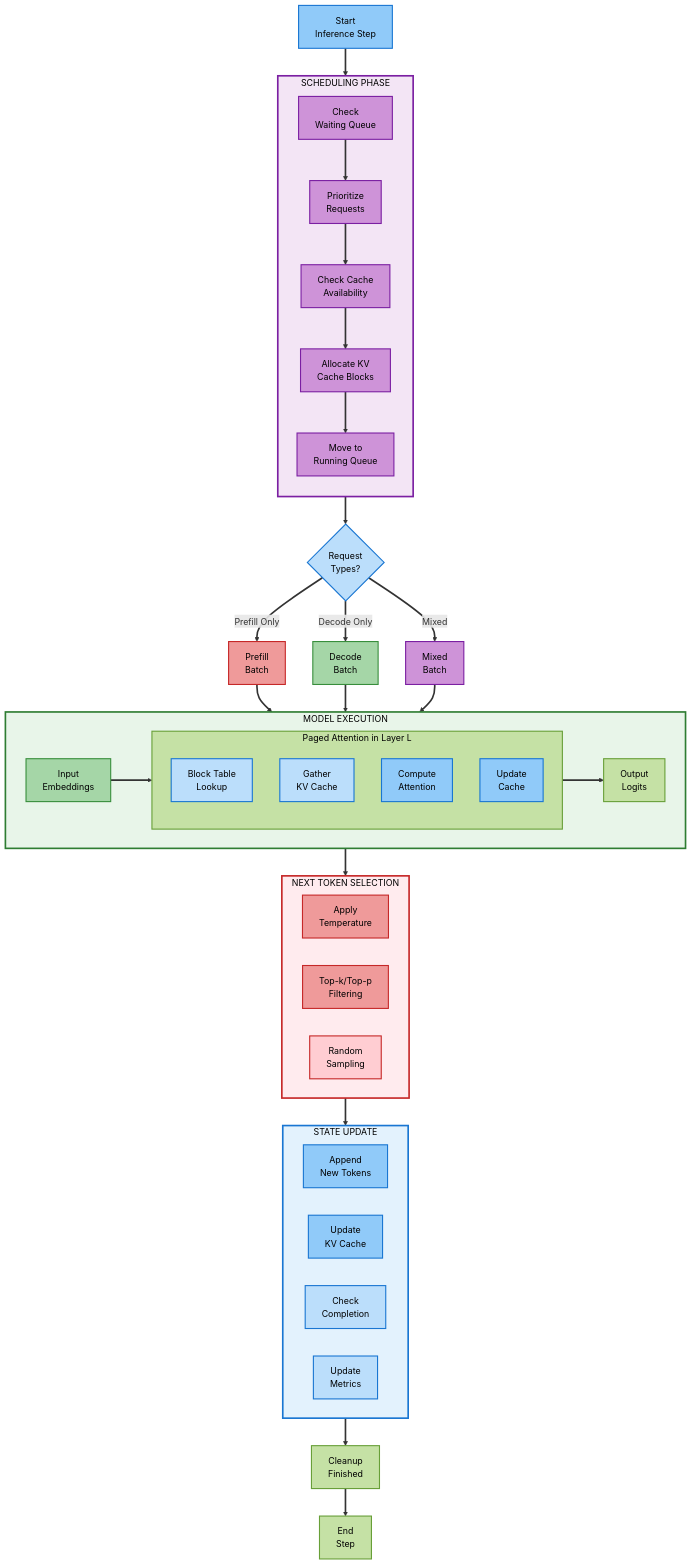
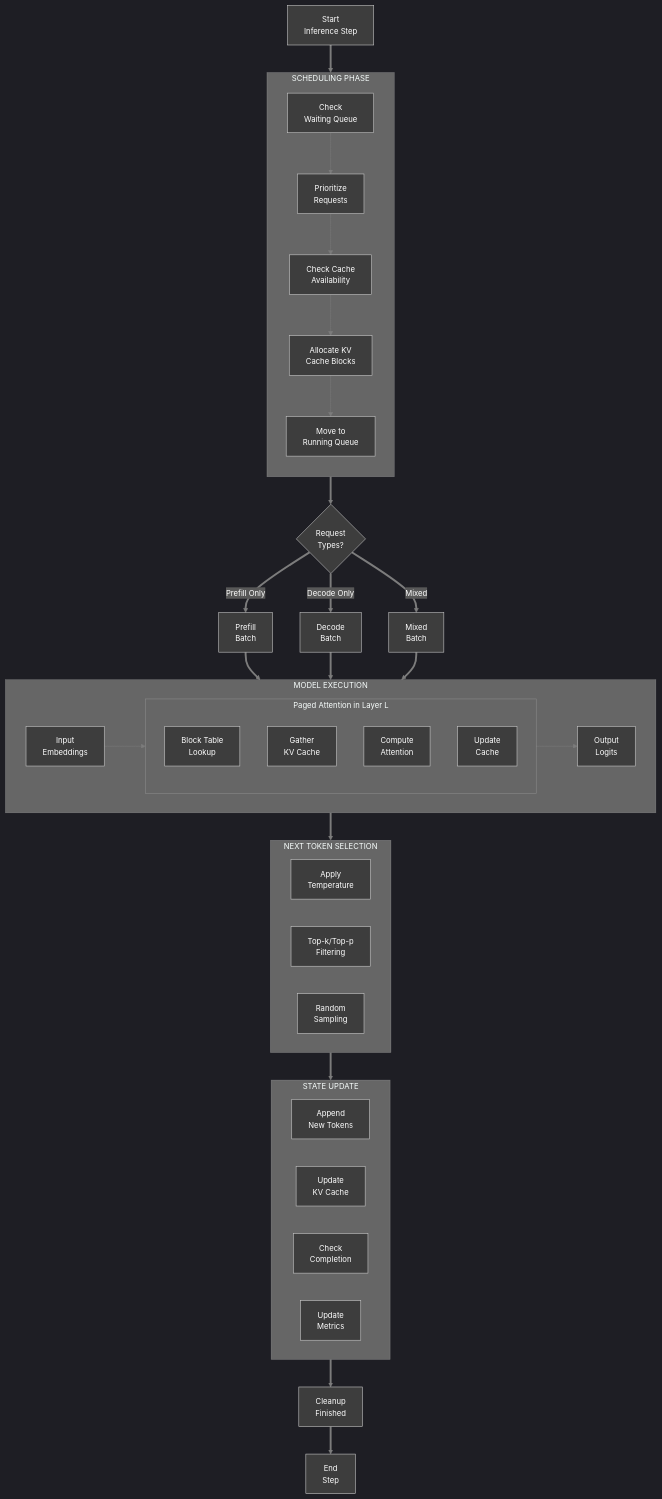
Before and after one commit to Shahriarin2garden/vllm_from_scratch: diagram 12 of 14 in lab0.1/README.md, drawn with Mermaid. The commit also changed other lines of this file and 2 other files, not shown here.

````diff
--- a/lab0.1/README.md
+++ b/lab0.1/README.md
@@ -827,4 +2476,5 @@
 ```mermaid
+%%{init: {'theme':'dark', 'themeVariables': { 'primaryColor':'#3d3d3d','primaryTextColor':'#fff','primaryBorderColor':'#7c7c7c','lineColor':'#7c7c7c','secondaryColor':'#4a4a4a','tertiaryColor':'#3d3d3d','background':'#2d2d2d','mainBkg':'#3d3d3d','secondBkg':'#4a4a4a','textColor':'#fff','fontSize':'14px'}}}%%
 flowchart TD
     Start["Start<br/>Inference Step"] ==> Schedule{Scheduler};
 
@@ -878,38 +2528,4 @@
 
     Update ==> Cleanup["Cleanup<br/>Finished"];
     Cleanup ==> End["End<br/>Step"];
-
-    linkStyle default stroke:#333,stroke-width:3px
-
-    style Start fill:#90caf9,stroke:#1976d2,stroke-width:2px,color:#000
-    style End fill:#c5e1a5,stroke:#689f38,stroke-width:2px,color:#000
-    style Schedule fill:#f3e5f5,stroke:#7b1fa2,stroke-width:3px,color:#000
-    style Model fill:#e8f5e9,stroke:#2e7d32,stroke-width:3px,color:#000
-    style Sample fill:#ffebee,stroke:#c62828,stroke-width:3px,color:#000
-    style Update fill:#e3f2fd,stroke:#1976d2,stroke-width:3px,color:#000
-    style S1 fill:#ce93d8,stroke:#7b1fa2,stroke-width:2px,color:#000
-    style S2 fill:#ce93d8,stroke:#7b1fa2,stroke-width:2px,color:#000
-    style S3 fill:#ce93d8,stroke:#7b1fa2,stroke-width:2px,color:#000
-    style S4 fill:#ce93d8,stroke:#7b1fa2,stroke-width:2px,color:#000
-    style S5 fill:#ce93d8,stroke:#7b1fa2,stroke-width:2px,color:#000
-    style Batch fill:#bbdefb,stroke:#1976d2,stroke-width:2px,color:#000
-    style Prefill fill:#ef9a9a,stroke:#c62828,stroke-width:2px,color:#000
-    style Decode fill:#a5d6a7,stroke:#388e3c,stroke-width:2px,color:#000
-    style Mixed fill:#ce93d8,stroke:#7b1fa2,stroke-width:2px,color:#000
-    style M1 fill:#a5d6a7,stroke:#388e3c,stroke-width:2px,color:#000
-    style M2 fill:#c5e1a5,stroke:#689f38,stroke-width:2px,color:#000
-    style M3 fill:#bbdefb,stroke:#1976d2,stroke-width:2px,color:#000
-    style M4 fill:#bbdefb,stroke:#1976d2,stroke-width:2px,color:#000
-    style M5 fill:#90caf9,stroke:#1976d2,stroke-width:2px,color:#000
-    style M6 fill:#90caf9,stroke:#1976d2,stroke-width:2px,color:#000
-    style M7 fill:#c5e1a5,stroke:#689f38,stroke-width:2px,color:#000
-    style S6 fill:#ef9a9a,stroke:#c62828,stroke-width:2px,color:#000
-    style S7 fill:#ef9a9a,stroke:#c62828,stroke-width:2px,color:#000
-    style S8 fill:#ffcdd2,stroke:#c62828,stroke-width:2px,color:#000
-    style U1 fill:#90caf9,stroke:#1976d2,stroke-width:2px,color:#000
-    style U2 fill:#90caf9,stroke:#1976d2,stroke-width:2px,color:#000
-    style U3 fill:#bbdefb,stroke:#1976d2,stroke-width:2px,color:#000
-    style U4 fill:#bbdefb,stroke:#1976d2,stroke-width:2px,color:#000
-    style Cleanup fill:#c5e1a5,stroke:#689f38,stroke-width:2px,color:#000
-
 ```
````
